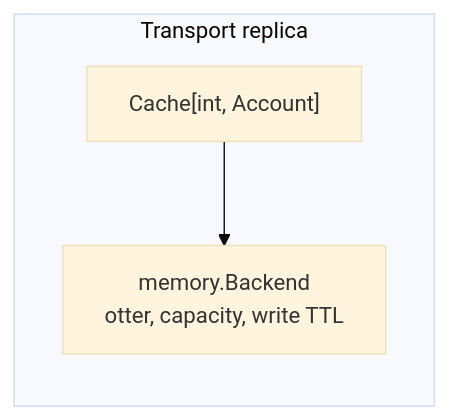
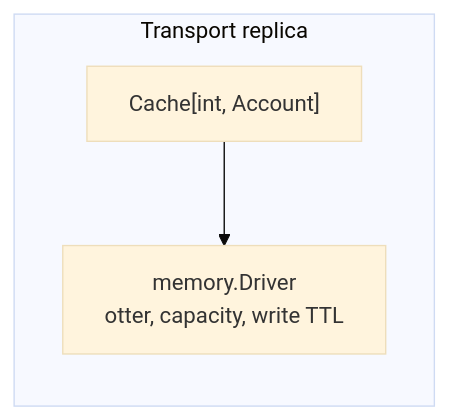
One commit to Neur0toxine/mg-transport-core changed the first of 2 diagrams in docs/cache.md. Above: the diagram before and after it, drawn with Mermaid (base theme). The commit also changed other lines of this file and 36 other files, not shown here.

Commit message:
chore: rename Backend to Driver

````diff
--- a/docs/cache.md
+++ b/docs/cache.md
@@ -128,6 +128,6 @@
 ```mermaid
 flowchart LR
     subgraph process["Transport replica"]
-        C1["Cache[int, Account]"] --> M1["memory.Backend<br/>otter, capacity, write TTL"]
+        C1["Cache[int, Account]"] --> M1["memory.Driver<br/>otter, capacity, write TTL"]
     end
 ```
````
